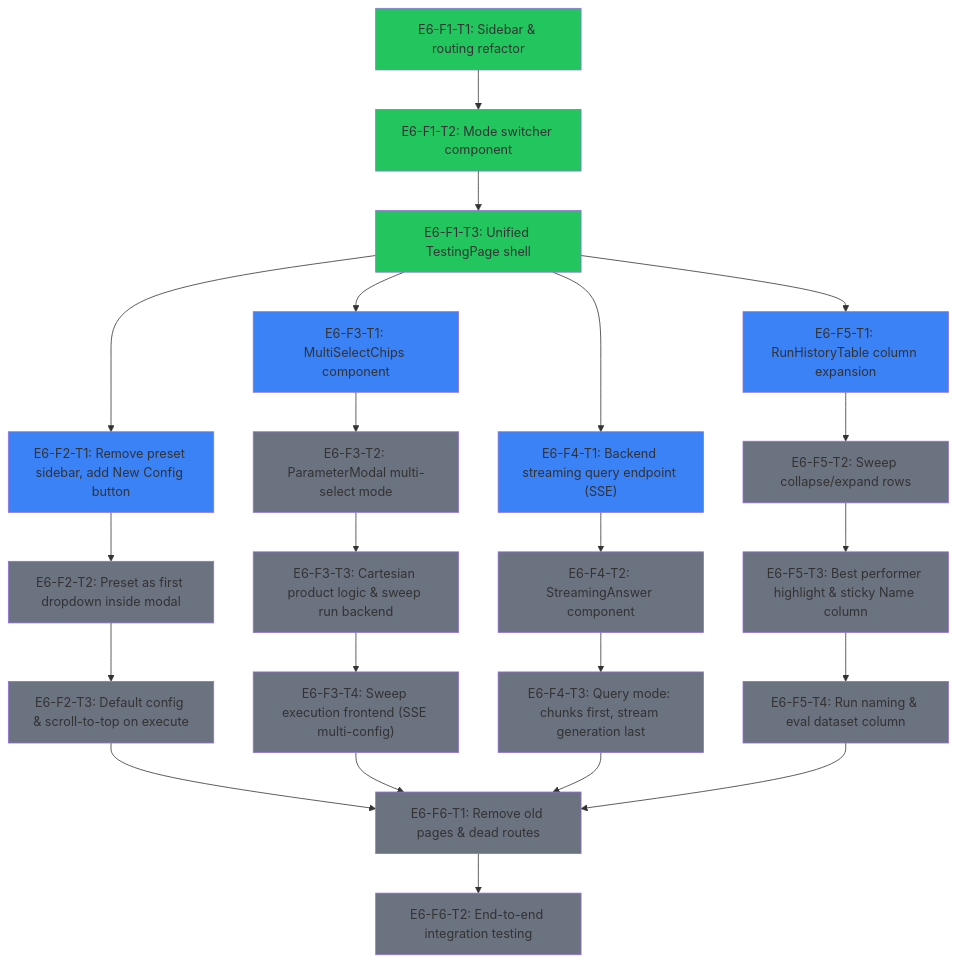
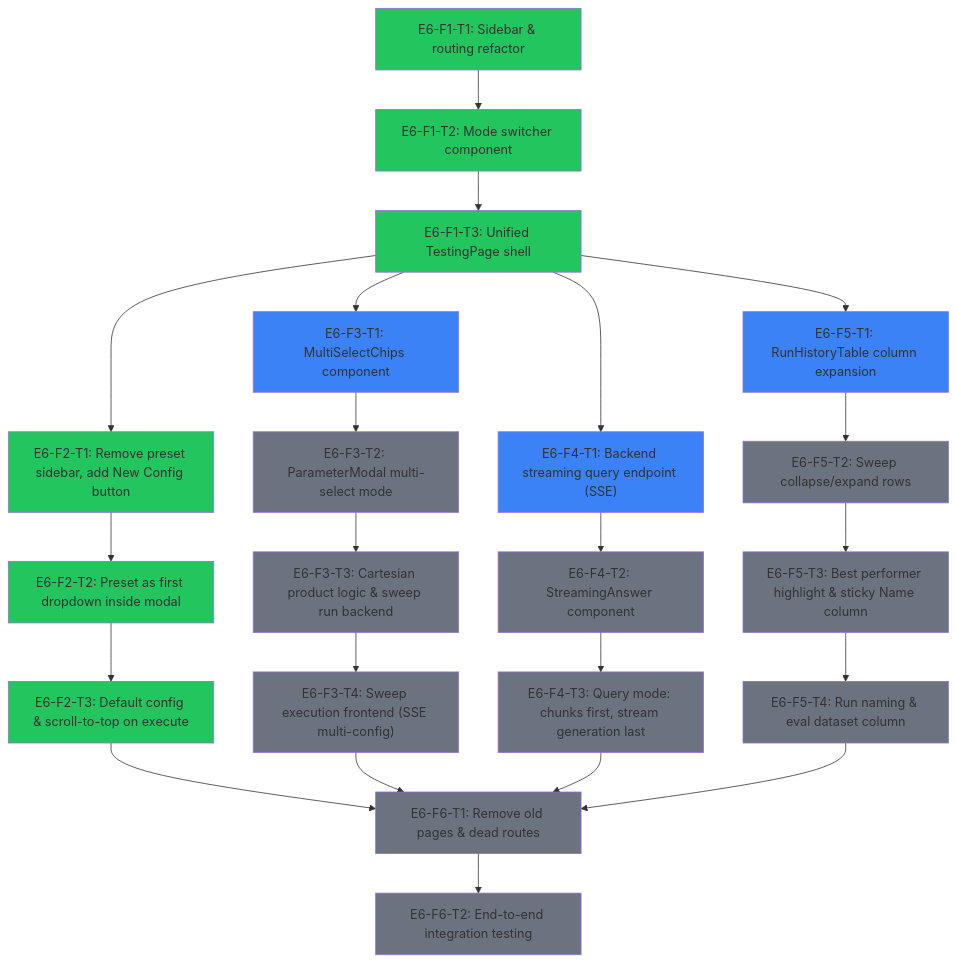
The diagram in roadmap_unification.md (Vutiot/EvenementsRAG), drawn with Mermaid before and after one commit. The commit also changed other lines of this file and 4 other files, not shown here.

````diff
--- a/roadmap_unification.md
+++ b/roadmap_unification.md
@@ -15,74 +15,74 @@
 ```mermaid
 graph TD
   E6F1T1["E6-F1-T1: Sidebar & routing refactor"]
   E6F1T2["E6-F1-T2: Mode switcher component"]
   E6F1T3["E6-F1-T3: Unified TestingPage shell"]
 
   E6F2T1["E6-F2-T1: Remove preset sidebar, add New Config button"]
   E6F2T2["E6-F2-T2: Preset as first dropdown inside modal"]
   E6F2T3["E6-F2-T3: Default config & scroll-to-top on execute"]
 
   E6F3T1["E6-F3-T1: MultiSelectChips component"]
   E6F3T2["E6-F3-T2: ParameterModal multi-select mode"]
   E6F3T3["E6-F3-T3: Cartesian product logic & sweep run backend"]
   E6F3T4["E6-F3-T4: Sweep execution frontend (SSE multi-config)"]
 
   E6F4T1["E6-F4-T1: Backend streaming query endpoint (SSE)"]
   E6F4T2["E6-F4-T2: StreamingAnswer component"]
   E6F4T3["E6-F4-T3: Query mode: chunks first, stream generation last"]
 
   E6F5T1["E6-F5-T1: RunHistoryTable column expansion"]
   E6F5T2["E6-F5-T2: Sweep collapse/expand rows"]
   E6F5T3["E6-F5-T3: Best performer highlight & sticky Name column"]
   E6F5T4["E6-F5-T4: Run naming & eval dataset column"]
 
   E6F6T1["E6-F6-T1: Remove old pages & dead routes"]
   E6F6T2["E6-F6-T2: End-to-end integration testing"]
 
   E6F1T1 --> E6F1T2
   E6F1T2 --> E6F1T3
 
   E6F1T3 --> E6F2T1
   E6F2T1 --> E6F2T2
   E6F2T2 --> E6F2T3
 
   E6F1T3 --> E6F3T1
   E6F3T1 --> E6F3T2
   E6F3T2 --> E6F3T3
   E6F3T3 --> E6F3T4
 
   E6F1T3 --> E6F4T1
   E6F4T1 --> E6F4T2
   E6F4T2 --> E6F4T3
 
   E6F1T3 --> E6F5T1
   E6F5T1 --> E6F5T2
   E6F5T2 --> E6F5T3
   E6F5T3 --> E6F5T4
 
   E6F2T3 --> E6F6T1
   E6F3T4 --> E6F6T1
   E6F4T3 --> E6F6T1
   E6F5T4 --> E6F6T1
   E6F6T1 --> E6F6T2
 
   style E6F1T1 fill:#22c55e
   style E6F1T2 fill:#22c55e
   style E6F1T3 fill:#22c55e
-  style E6F2T1 fill:#3b82f6
-  style E6F2T2 fill:#6b7280
-  style E6F2T3 fill:#6b7280
+  style E6F2T1 fill:#22c55e
+  style E6F2T2 fill:#22c55e
+  style E6F2T3 fill:#22c55e
   style E6F3T1 fill:#3b82f6
   style E6F3T2 fill:#6b7280
   style E6F3T3 fill:#6b7280
   style E6F3T4 fill:#6b7280
   style E6F4T1 fill:#3b82f6
   style E6F4T2 fill:#6b7280
   style E6F4T3 fill:#6b7280
   style E6F5T1 fill:#3b82f6
   style E6F5T2 fill:#6b7280
   style E6F5T3 fill:#6b7280
   style E6F5T4 fill:#6b7280
   style E6F6T1 fill:#6b7280
   style E6F6T2 fill:#6b7280
 ```
````
